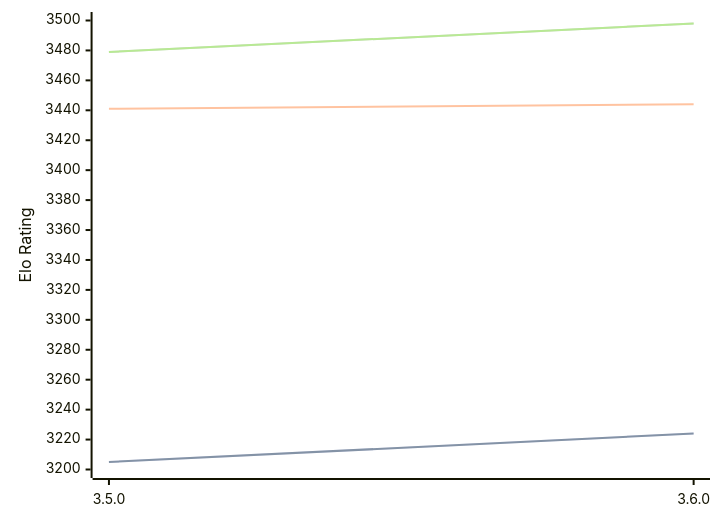
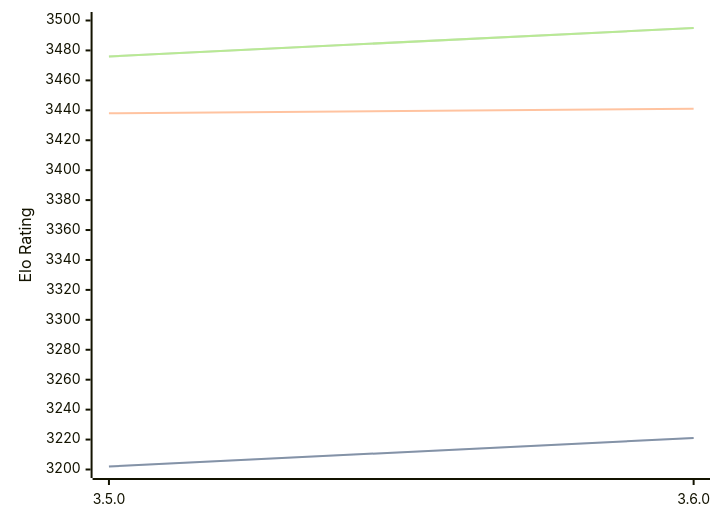
One commit to computer-chess-index/cci changed the diagram in engines/Igel.md. Above: the diagram before and after it, drawn with Mermaid. The commit also changed other lines of this file, not shown here.

Commit message:
Update CCI Ratings (ELO VLTC) - 2026-03-10

````diff
--- a/engines/Igel.md
+++ b/engines/Igel.md
@@ -66,11 +66,11 @@
 ```mermaid
 %%{init: {"theme":"base","themeVariables":{"seriesColors:['#a3a3a3','#222221','#faa371']}}}%%
 xychart-beta
   x-axis ["3.5.0", "3.6.0"]
   y-axis "Elo Rating" 3200 --> 3500
-  line "STC (8.0+0.08s)" [3205, 3224]
-  line "STC (8.0+0.08s)" [3205, 3224]
-  line "LTC (60.0+0.60s)" [3441, 3444]
-  line "VLTC (2m24s+1.12s)" [3479, 3498]
-  line "VLTC (2m24s+1.12s)" [3479, 3498]
+  line "STC (8.0+0.08s)" [3202, 3221]
+  line "STC (8.0+0.08s)" [3202, 3221]
+  line "LTC (60.0+0.60s)" [3438, 3441]
+  line "VLTC (2m24s+1.12s)" [3476, 3495]
+  line "VLTC (2m24s+1.12s)" [3476, 3495]
 ```
````
